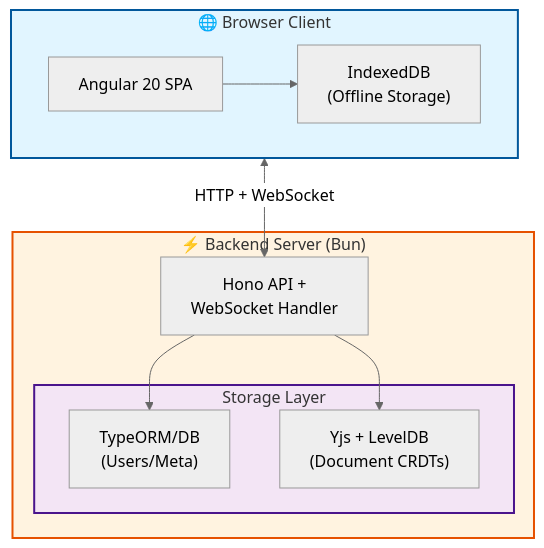
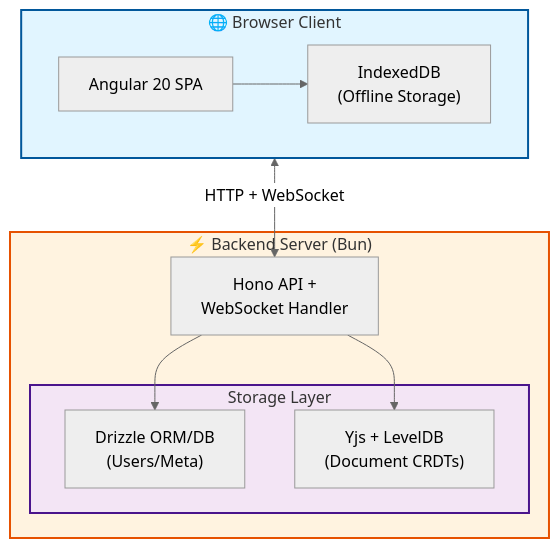
One commit to bobbyquantum/inkweld changed the first of 9 diagrams in docs/site/docs/developer/architecture.md. Above: the diagram before and after it, drawn with Mermaid. The commit also changed other lines of this file and 128 other files, not shown here.

````diff
--- a/docs/site/docs/developer/architecture.md
+++ b/docs/site/docs/developer/architecture.md
@@ -12,27 +12,27 @@
 ```mermaid
 %%{init: {'theme':'neutral'}}%%
 graph TB
     subgraph Browser["🌐 Browser Client"]
         Angular["Angular 20 SPA"]
         IndexedDB["IndexedDB<br/>(Offline Storage)"]
         Angular --> IndexedDB
     end
 
     subgraph Backend["⚡ Backend Server (Bun)"]
         Hono["Hono API +<br/>WebSocket Handler"]
 
         subgraph Storage["Storage Layer"]
-            TypeORM["TypeORM/DB<br/>(Users/Meta)"]
+            Drizzle["Drizzle ORM/DB<br/>(Users/Meta)"]
             YjsLevel["Yjs + LevelDB<br/>(Document CRDTs)"]
         end
 
-        Hono --> TypeORM
+        Hono --> Drizzle
         Hono --> YjsLevel
     end
 
     Browser <-->|HTTP + WebSocket| Hono
 
     style Browser fill:#e1f5ff,stroke:#01579b,stroke-width:2px
     style Backend fill:#fff3e0,stroke:#e65100,stroke-width:2px
     style Storage fill:#f3e5f5,stroke:#4a148c,stroke-width:2px
 ```
````
